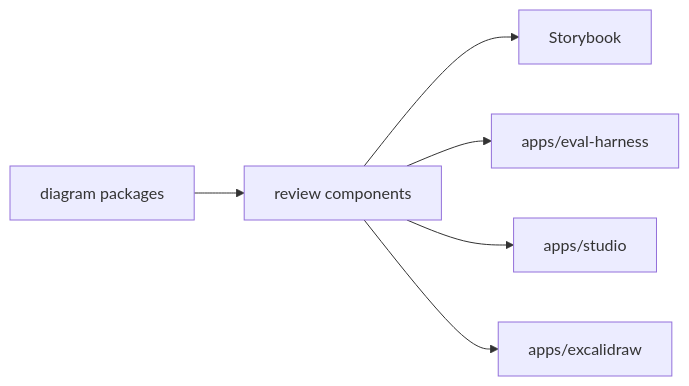
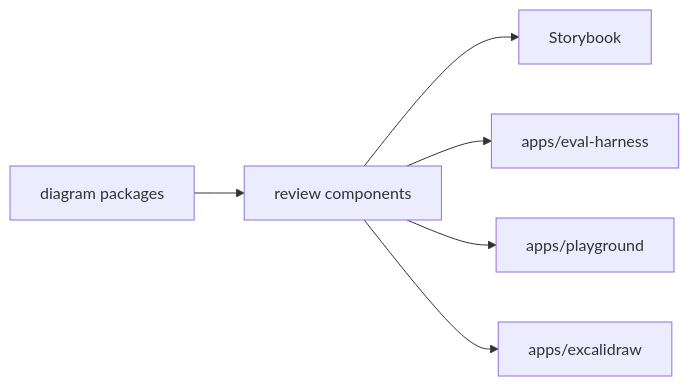
Before and after one commit to shpitdev/sketchi: the diagram in packages/diagram-studio-ui/README.md, drawn with Mermaid. The commit also changed 130 other files, not shown here.

````diff
--- a/packages/diagram-studio-ui/README.md
+++ b/packages/diagram-studio-ui/README.md
@@ -5,8 +5,8 @@
 ```mermaid
 flowchart LR
   Packages["diagram packages"] --> Components["review components"]
   Components --> Storybook["Storybook"]
   Components --> EvalHarness["apps/eval-harness"]
-  Components --> Studio["apps/studio"]
+  Components --> Playground["apps/playground"]
   Components --> Excalidraw["apps/excalidraw"]
 ```
````
